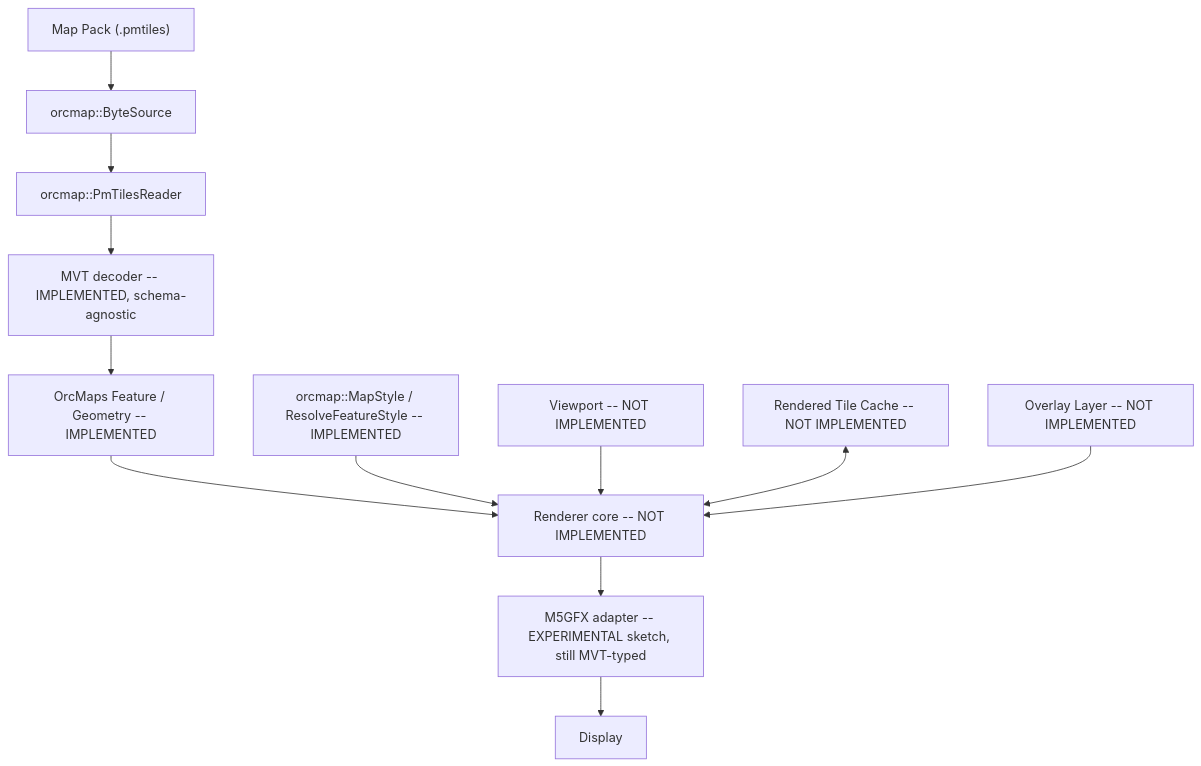
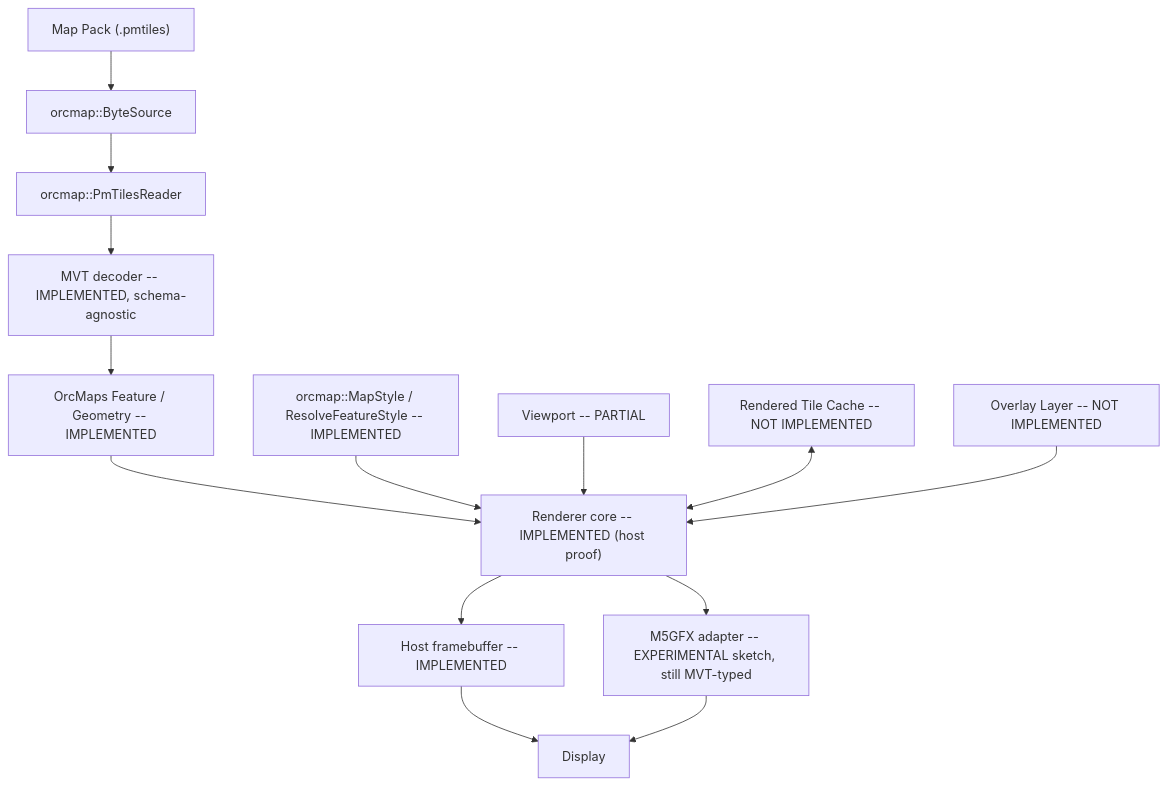
One commit to hardcoreerik/orcmaps changed the diagram in ARCHITECTURE.md. Above: the diagram before and after it, drawn with Mermaid. The commit also changed other lines of this file and 24 other files, not shown here.

First line of the commit message:
Add host RenderTarget proof and harden FeatureKind/geometry

````diff
--- a/ARCHITECTURE.md
+++ b/ARCHITECTURE.md
@@ -11,27 +11,30 @@
 ```mermaid
 flowchart TD
     Pack["Map Pack (.pmtiles)"]
     Source["orcmap::ByteSource"]
     Reader["orcmap::PmTilesReader"]
     Tile["MVT decoder -- IMPLEMENTED, schema-agnostic"]
     Features["OrcMaps Feature / Geometry -- IMPLEMENTED"]
     Style["orcmap::MapStyle / ResolveFeatureStyle -- IMPLEMENTED"]
-    Viewport["Viewport -- NOT IMPLEMENTED"]
+    Viewport["Viewport -- PARTIAL"]
     Cache["Rendered Tile Cache -- NOT IMPLEMENTED"]
-    Core["Renderer core -- NOT IMPLEMENTED"]
+    Core["Renderer core -- IMPLEMENTED (host proof)"]
+    Host["Host framebuffer -- IMPLEMENTED"]
     M5["M5GFX adapter -- EXPERIMENTAL sketch, still MVT-typed"]
     Overlay["Overlay Layer -- NOT IMPLEMENTED"]
     Display["Display"]
 
     Pack --> Source
     Source --> Reader
     Reader --> Tile
     Tile --> Features
     Features --> Core
     Style --> Core
     Viewport --> Core
     Cache <--> Core
+    Core --> Host
     Core --> M5
+    Host --> Display
     M5 --> Display
     Overlay --> Core
 ```
````
